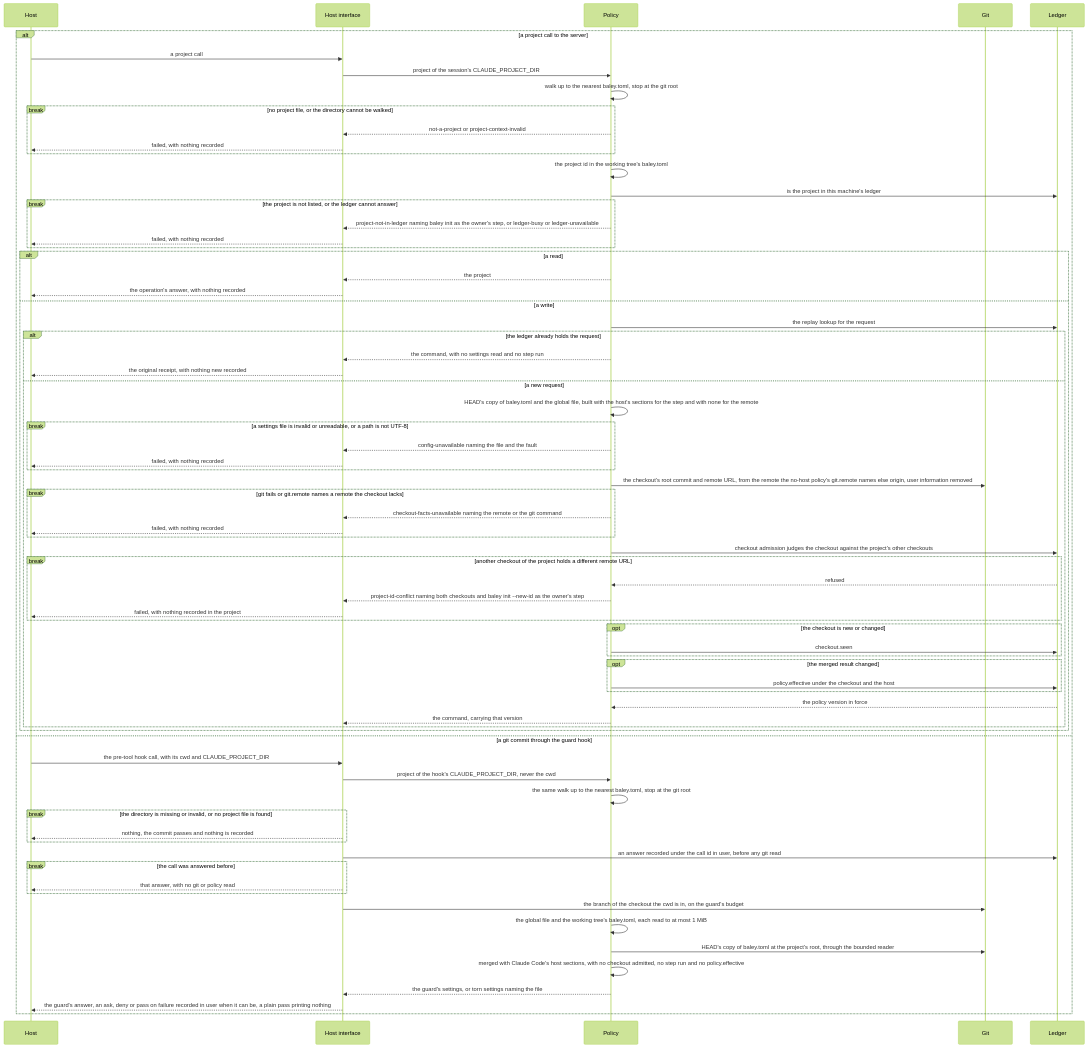
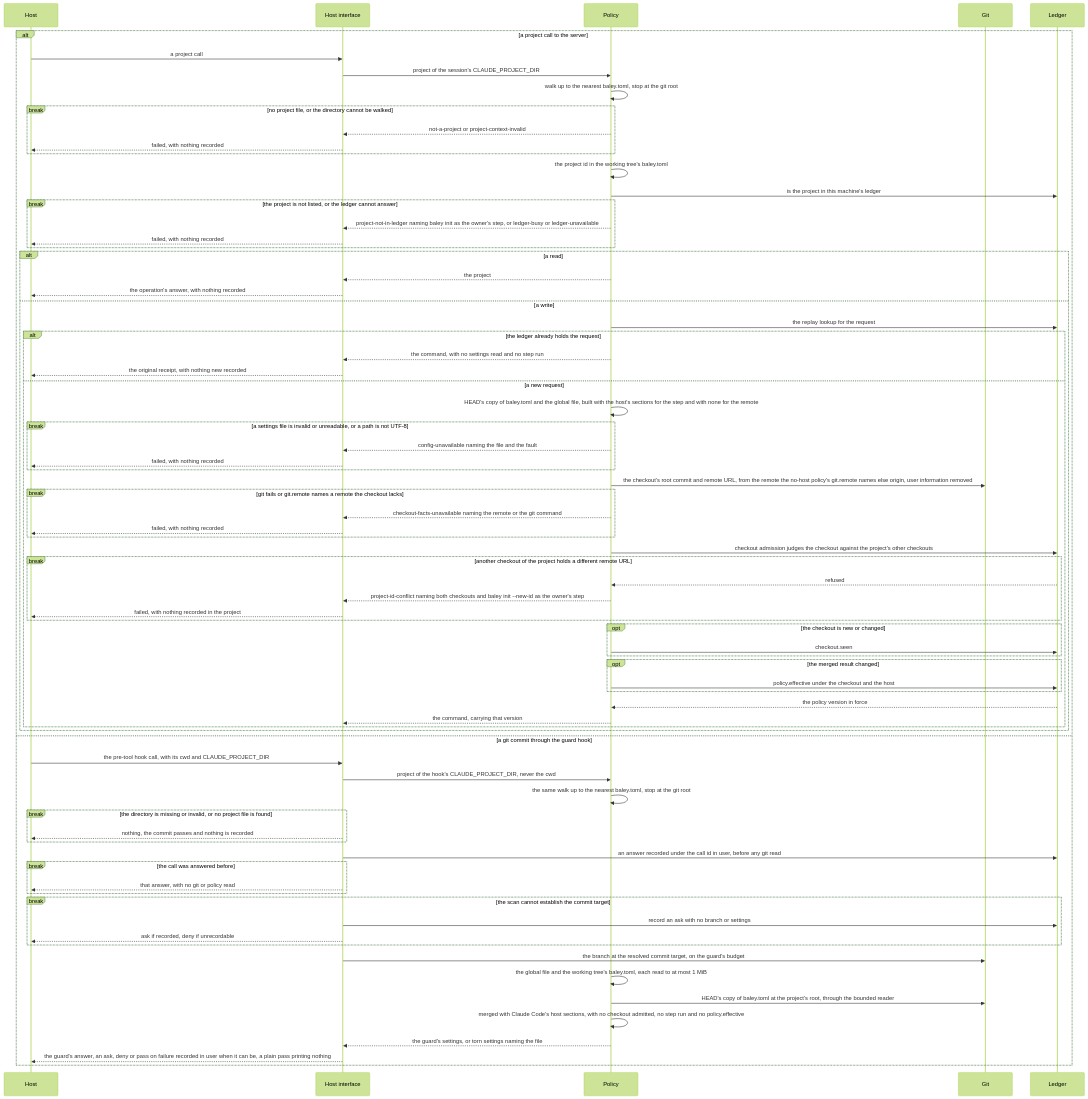
One commit to crenshawdev/baley changed the seventh of 7 diagrams in docs/design/0003-configuration-and-routing.md. Above: the diagram before and after it, drawn with Mermaid (forest theme). The commit also changed other lines of this file and 3 other files, not shown here.

````diff
--- a/docs/design/0003-configuration-and-routing.md
+++ b/docs/design/0003-configuration-and-routing.md
@@ -622,75 +622,79 @@
 ```mermaid
 sequenceDiagram
   participant H as Host
   participant I as Host interface
   participant P as Policy
   participant G as Git
   participant L as Ledger
   alt a project call to the server
     H->>I: a project call
     I->>P: project of the session's CLAUDE_PROJECT_DIR
     P->>P: walk up to the nearest baley.toml, stop at the git root
     break no project file, or the directory cannot be walked
       P-->>I: not-a-project or project-context-invalid
       I-->>H: failed, with nothing recorded
     end
     P->>P: the project id in the working tree's baley.toml
     P->>L: is the project in this machine's ledger
     break the project is not listed, or the ledger cannot answer
       P-->>I: project-not-in-ledger naming baley init as the owner's step, or ledger-busy or ledger-unavailable
       I-->>H: failed, with nothing recorded
     end
     alt a read
       P-->>I: the project
       I-->>H: the operation's answer, with nothing recorded
     else a write
       P->>L: the replay lookup for the request
       alt the ledger already holds the request
         P-->>I: the command, with no settings read and no step run
         I-->>H: the original receipt, with nothing new recorded
       else a new request
         P->>P: HEAD's copy of baley.toml and the global file, built with the host's sections for the step and with none for the remote
         break a settings file is invalid or unreadable, or a path is not UTF-8
           P-->>I: config-unavailable naming the file and the fault
           I-->>H: failed, with nothing recorded
         end
         P->>G: the checkout's root commit and remote URL, from the remote the no-host policy's git.remote names else origin, user information removed
         break git fails or git.remote names a remote the checkout lacks
           P-->>I: checkout-facts-unavailable naming the remote or the git command
           I-->>H: failed, with nothing recorded
         end
         P->>L: checkout admission judges the checkout against the project's other checkouts
         break another checkout of the project holds a different remote URL
           L-->>P: refused
           P-->>I: project-id-conflict naming both checkouts and baley init --new-id as the owner's step
           I-->>H: failed, with nothing recorded in the project
         end
         opt the checkout is new or changed
           P->>L: checkout.seen
         end
         opt the merged result changed
           P->>L: policy.effective under the checkout and the host
         end
         L-->>P: the policy version in force
         P-->>I: the command, carrying that version
       end
     end
   else a git commit through the guard hook
     H->>I: the pre-tool hook call, with its cwd and CLAUDE_PROJECT_DIR
     I->>P: project of the hook's CLAUDE_PROJECT_DIR, never the cwd
     P->>P: the same walk up to the nearest baley.toml, stop at the git root
     break the directory is missing or invalid, or no project file is found
       I-->>H: nothing, the commit passes and nothing is recorded
     end
     I->>L: an answer recorded under the call id in user, before any git read
     break the call was answered before
       I-->>H: that answer, with no git or policy read
     end
-    I->>G: the branch of the checkout the cwd is in, on the guard's budget
+    break the scan cannot establish the commit target
+      I->>L: record an ask with no branch or settings
+      I-->>H: ask if recorded, deny if unrecordable
+    end
+    I->>G: the branch at the resolved commit target, on the guard's budget
     P->>P: the global file and the working tree's baley.toml, each read to at most 1 MiB
     P->>G: HEAD's copy of baley.toml at the project's root, through the bounded reader
     P->>P: merged with Claude Code's host sections, with no checkout admitted, no step run and no policy.effective
     P-->>I: the guard's settings, or torn settings naming the file
     I-->>H: the guard's answer, an ask, deny or pass on failure recorded in user when it can be, a plain pass printing nothing
   end
 ```
````
